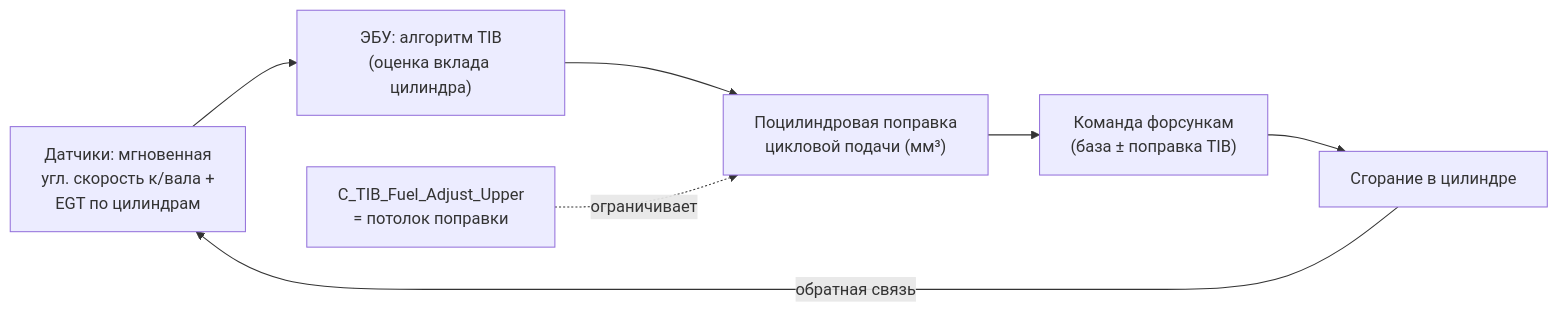
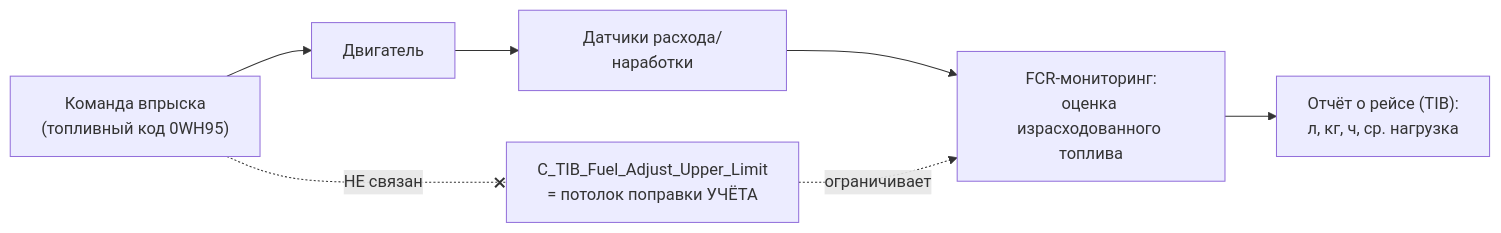
One commit to victorekuznetsov/NTE200 changed the diagram in 05 Отчёты/Аналитические/Влияние TIB — расширенный анализ.md. Above: the diagram before and after it, drawn with Mermaid. The commit also changed other lines of this file and 22 other files, not shown here.

````diff
--- a/05 Отчёты/Аналитические/Влияние TIB — расширенный анализ.md
+++ b/05 Отчёты/Аналитические/Влияние TIB — расширенный анализ.md
@@ -31,9 +57,9 @@
 ```mermaid
 flowchart LR
-    SENS["Датчики: мгновенная<br/>угл. скорость к/вала +<br/>EGT по цилиндрам"] --> ECM["ЭБУ: алгоритм TIB<br/>(оценка вклада цилиндра)"]
-    ECM --> TRIM["Поцилиндровая поправка<br/>цикловой подачи (мм³)"]
-    TRIM --> INJ["Команда форсункам<br/>(база ± поправка TIB)"]
-    INJ --> CYL["Сгорание в цилиндре"]
-    CYL -->|обратная связь| SENS
-    LIMIT["C_TIB_Fuel_Adjust_Upper<br/>= потолок поправки"] -.ограничивает.-> TRIM
+    INJ["Команда впрыска<br/>(топливный код 0WH95)"] --> ENG["Двигатель"]
+    ENG --> SENS["Датчики расхода/наработки"]
+    SENS --> FCR["FCR-мониторинг:<br/>оценка израсходованного топлива"]
+    FCR --> REPORT["Отчёт о рейсе (TIB):<br/>л, кг, ч, ср. нагрузка"]
+    LIM["C_TIB_Fuel_Adjust_Upper_Limit<br/>= потолок поправки УЧЁТА"] -.ограничивает.-> FCR
+    INJ -. НЕ связан .-x LIM
 ```
````
